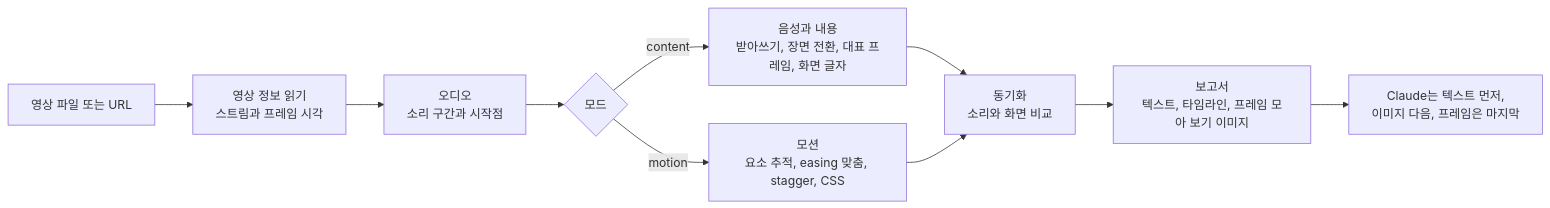
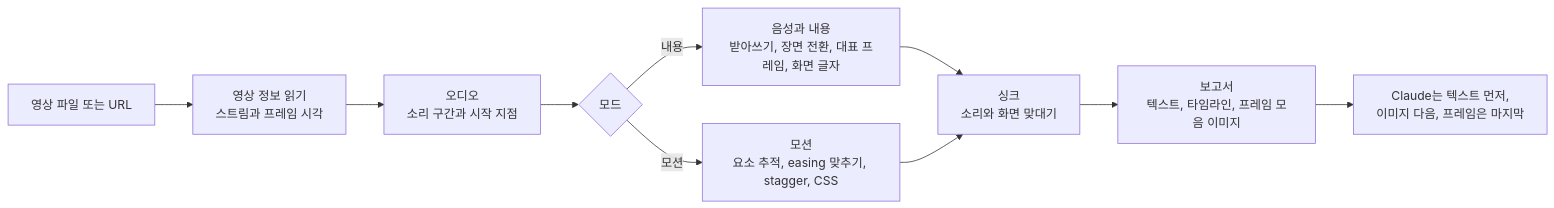
The diagram in README.ko.md (Junhan2/video-lens), drawn with Mermaid before and after one commit. The commit also changed other lines of this file and 16 other files, not shown here.

````diff
--- a/README.ko.md
+++ b/README.ko.md
@@ -135,12 +139,12 @@
 ```mermaid
 flowchart LR
   A[영상 파일 또는 URL] --> B[영상 정보 읽기<br/>스트림과 프레임 시각]
-  B --> C[오디오<br/>소리 구간과 시작점]
+  B --> C[오디오<br/>소리 구간과 시작 지점]
   C --> D{모드}
-  D -->|content| E[음성과 내용<br/>받아쓰기, 장면 전환, 대표 프레임, 화면 글자]
-  D -->|motion| F[모션<br/>요소 추적, easing 맞춤, stagger, CSS]
-  E --> G[동기화<br/>소리와 화면 비교]
+  D -->|내용| E[음성과 내용<br/>받아쓰기, 장면 전환, 대표 프레임, 화면 글자]
+  D -->|모션| F[모션<br/>요소 추적, easing 맞추기, stagger, CSS]
+  E --> G[싱크<br/>소리와 화면 맞대기]
   F --> G
-  G --> H[보고서<br/>텍스트, 타임라인, 프레임 모아 보기 이미지]
+  G --> H[보고서<br/>텍스트, 타임라인, 프레임 모음 이미지]
   H --> I[Claude는 텍스트 먼저,<br/>이미지 다음, 프레임은 마지막]
 ```
````
